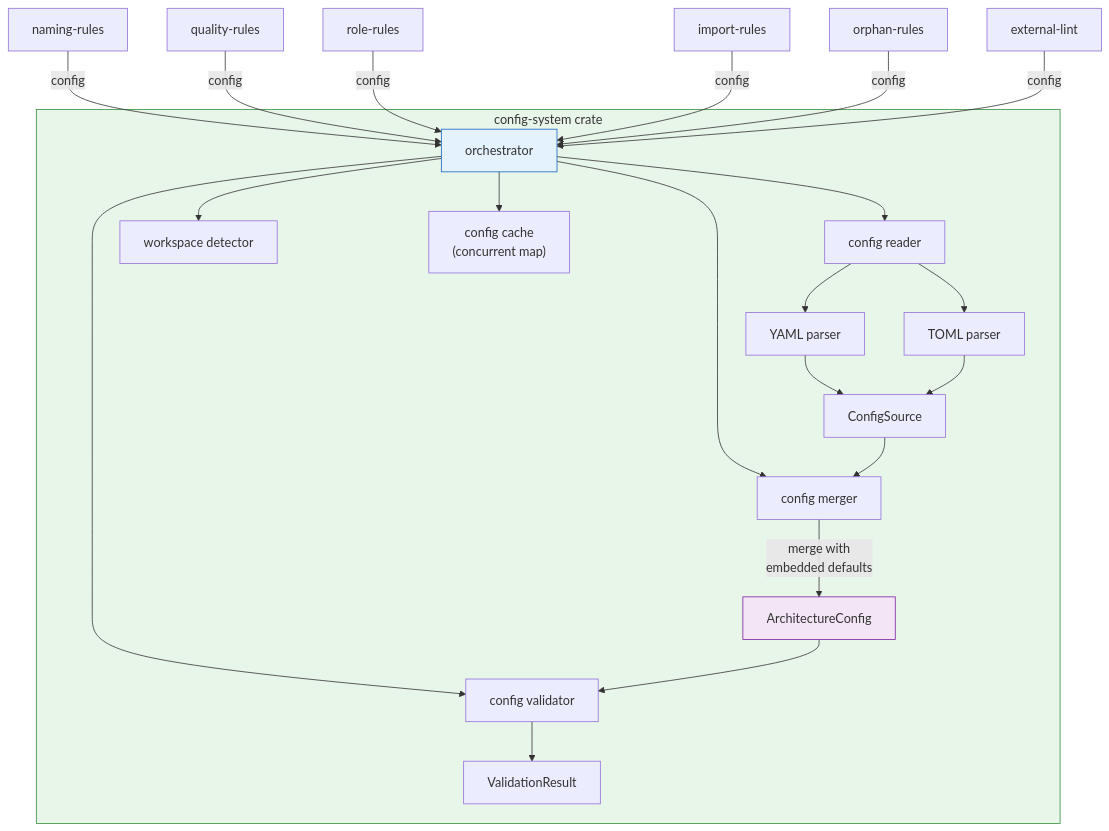
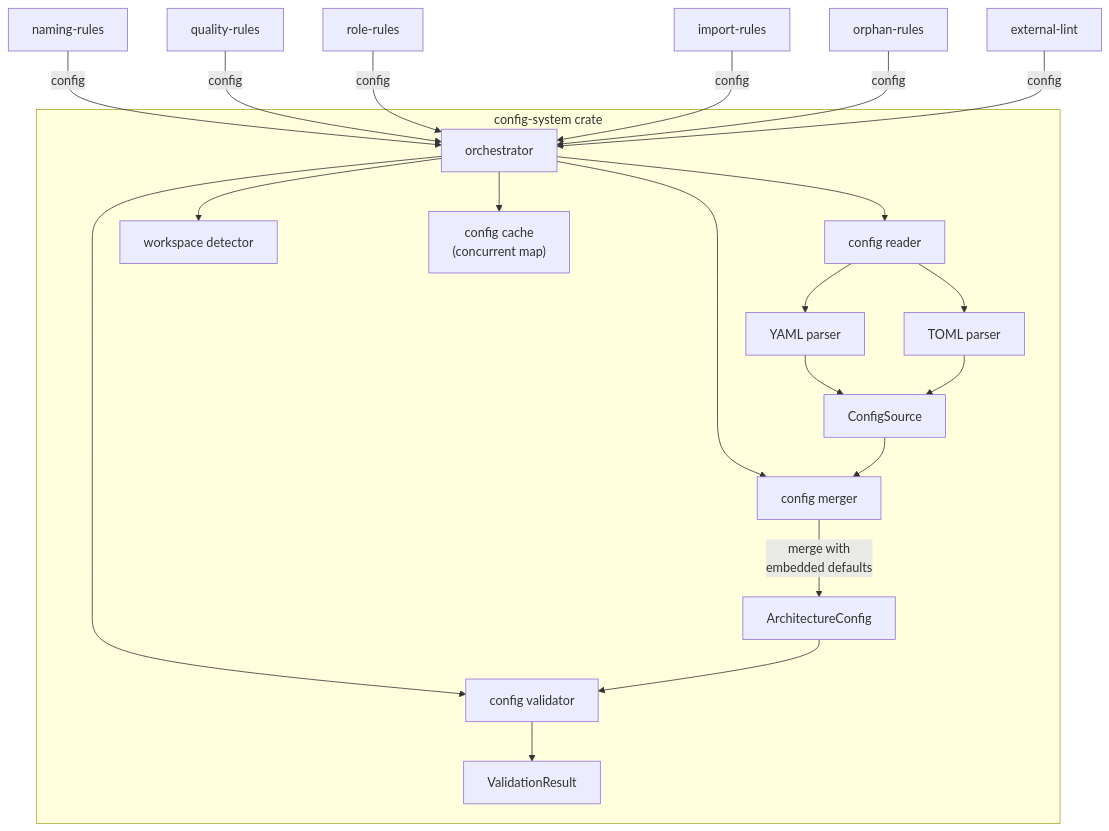
The diagram in crates/config-system/FRD.md (rakaarwaky/lint-arwaky), drawn with Mermaid before and after one commit. The commit also changed 19 other files, not shown here.

````diff
--- a/crates/config-system/FRD.md
+++ b/crates/config-system/FRD.md
@@ -13,30 +13,27 @@
 ```mermaid
 flowchart TD
     subgraph CS ["config-system crate"]
         A["orchestrator"] --> B["config reader"]
         A --> C["config merger"]
         A --> D["config validator"]
         A --> E["workspace detector"]
         A --> F["config cache\n(concurrent map)"]
 
         B --> G["YAML parser"]
         B --> H["TOML parser"]
         G --> I["ConfigSource"]
         H --> I
         I --> C
         C -->|"merge with\nembedded defaults"| J["ArchitectureConfig"]
         J --> D
         D --> K["ValidationResult"]
     end
 
     L["naming-rules"] -->|"config"| A
     M["quality-rules"] -->|"config"| A
     N["role-rules"] -->|"config"| A
     O["import-rules"] -->|"config"| A
     P["orphan-rules"] -->|"config"| A
     Q["external-lint"] -->|"config"| A
 
-    style CS fill:#e8f5e9,stroke:#388e3c
-    style A fill:#e3f2fd,stroke:#1565c0
-    style J fill:#f3e5f5,stroke:#7b1fa2
 ```
````
